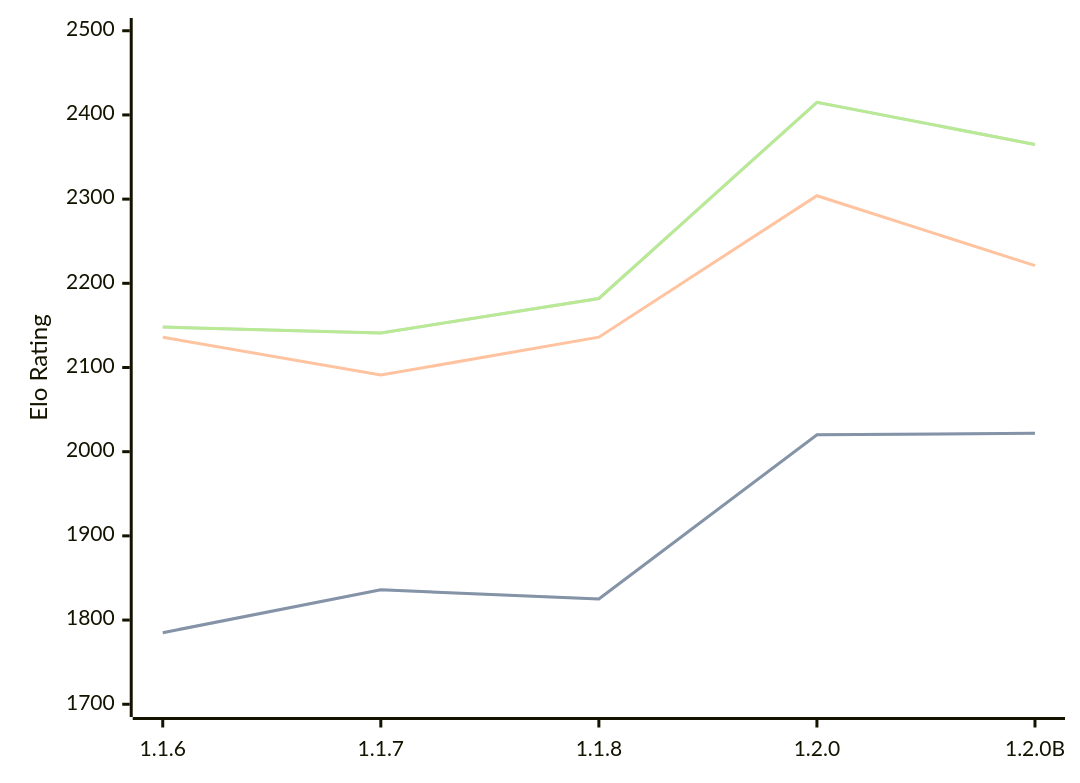
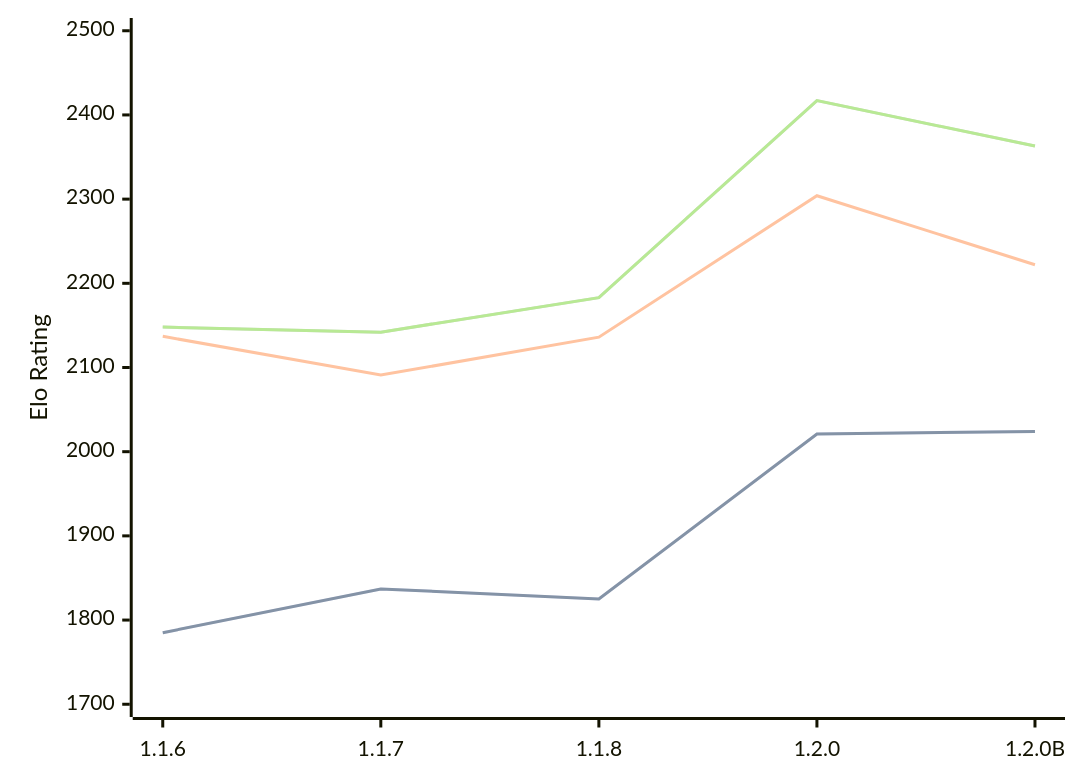
One commit to computer-chess-index/cci changed the diagram in engines/Soomi.md. Above: the diagram before and after it, drawn with Mermaid. The commit also changed other lines of this file, not shown here.

Commit message:
Update CCI Ratings (ELO VLTC) - 2026-08-15

````diff
--- a/engines/Soomi.md
+++ b/engines/Soomi.md
@@ -35,11 +35,11 @@
 ```mermaid
 %%{init: {"theme":"base","themeVariables":{"seriesColors:['#a3a3a3','#222221','#faa371']}}}%%
 xychart-beta
   x-axis ["1.1.6", "1.1.7", "1.1.8", "1.2.0", "1.2.0B"]
   y-axis "Elo Rating" 1700 --> 2500
-  line "STC (8.0+0.08s)" [1785, 1836, 1825, 2020, 2022]
-  line "STC (8.0+0.08s)" [1785, 1836, 1825, 2020, 2022]
-  line "LTC (60.0+0.60s)" [2136, 2091, 2136, 2304, 2221]
-  line "VLTC (2m24s+1.12s)" [2148, 2141, 2182, 2415, 2365]
-  line "VLTC (2m24s+1.12s)" [2148, 2141, 2182, 2415, 2365]
+  line "STC (8.0+0.08s)" [1785, 1837, 1825, 2021, 2024]
+  line "STC (8.0+0.08s)" [1785, 1837, 1825, 2021, 2024]
+  line "LTC (60.0+0.60s)" [2137, 2091, 2136, 2304, 2222]
+  line "VLTC (2m24s+1.12s)" [2148, 2142, 2183, 2417, 2363]
+  line "VLTC (2m24s+1.12s)" [2148, 2142, 2183, 2417, 2363]
 ```
````
